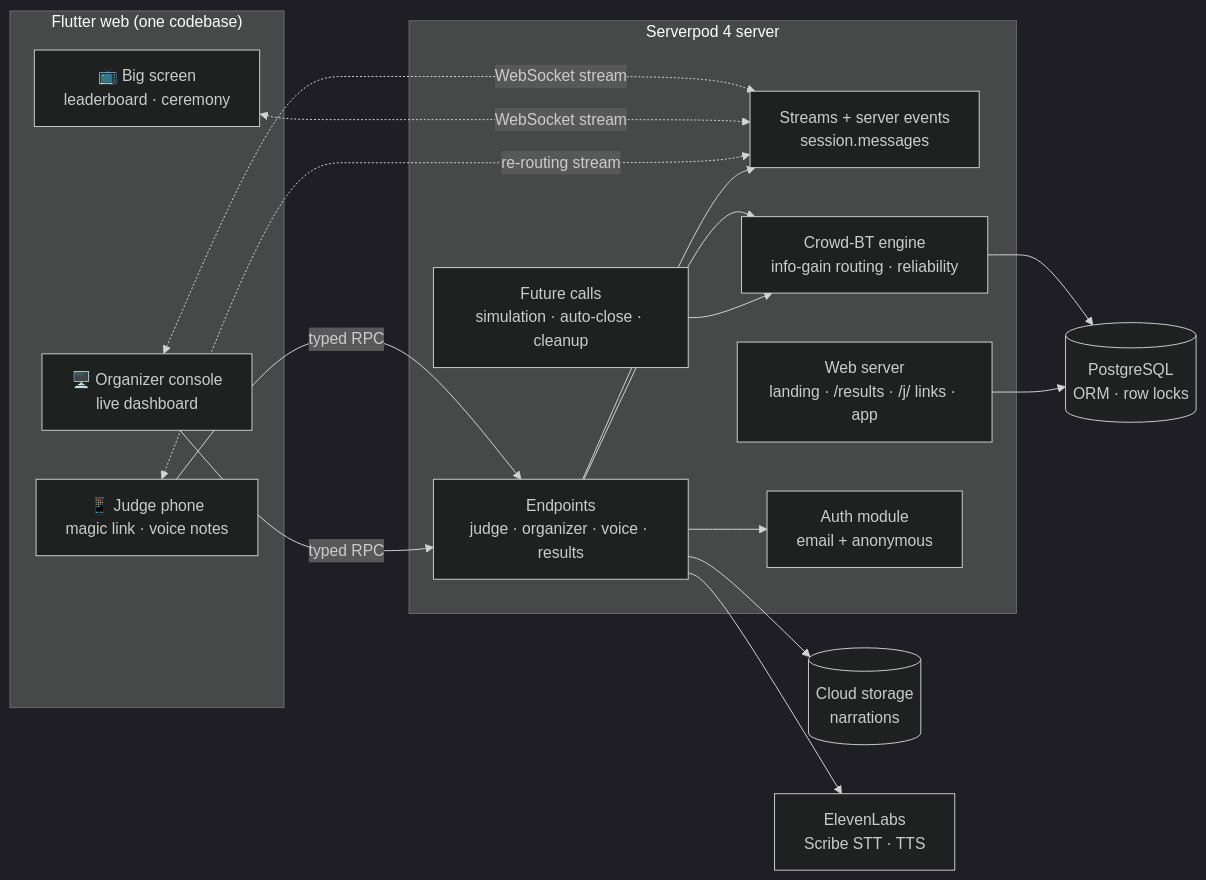
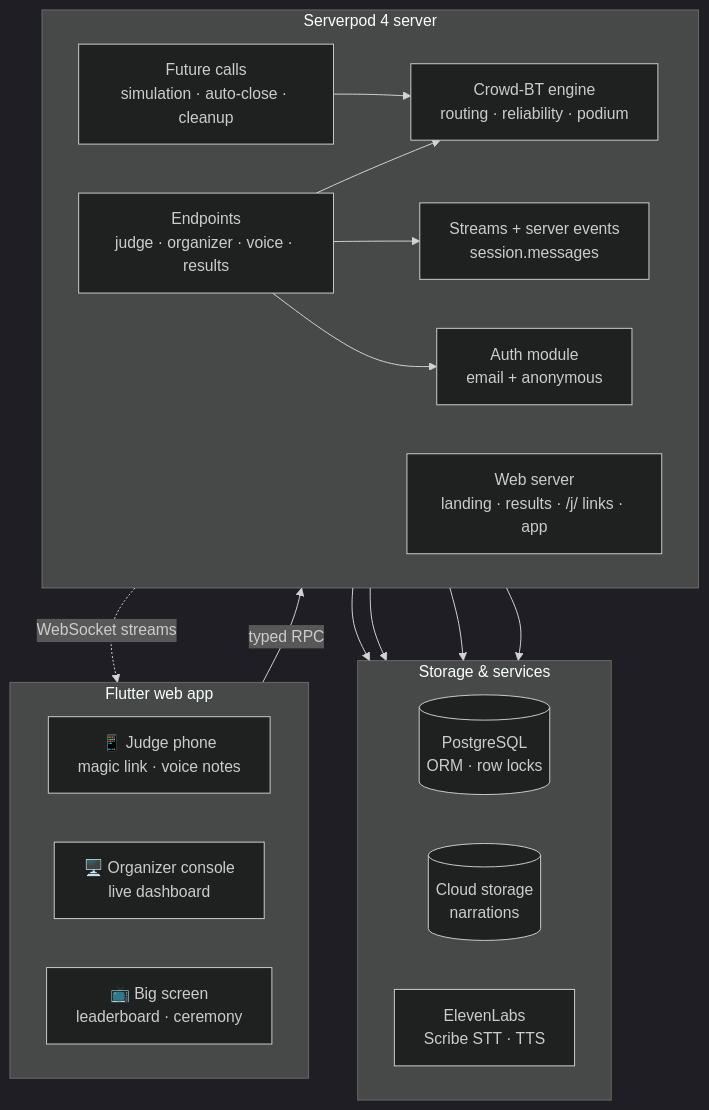
Before and after one commit to chinesepowered/hack-sp-gavel: the first of 2 diagrams in README.md, drawn with Mermaid (dark theme). The commit also changed other lines of this file, not shown here.

Commit message:
README: fix Mermaid syntax and simplify the architecture diagram
Claude-Session: https://claude.ai/code/session_01FgGLKb3RnAVfJe3qZZYpXF

````diff
--- a/README.md
+++ b/README.md
@@ -86,34 +86,37 @@
 ```mermaid
-flowchart LR
-  subgraph Clients["Flutter web (one codebase)"]
+flowchart TB
+  subgraph Clients["Flutter web app"]
+    direction LR
     J["📱 Judge phone<br/>magic link · voice notes"]
     O["🖥️ Organizer console<br/>live dashboard"]
     B["📺 Big screen<br/>leaderboard · ceremony"]
   end
 
   subgraph SP["Serverpod 4 server"]
+    direction LR
     E["Endpoints<br/>judge · organizer · voice · results"]
     S["Streams + server events<br/>session.messages"]
-    R["Crowd-BT engine<br/>info-gain routing · reliability"]
+    R["Crowd-BT engine<br/>routing · reliability · podium"]
     F["Future calls<br/>simulation · auto-close · cleanup"]
-    W["Web server<br/>landing · /results · /j/ links · app"]
     A["Auth module<br/>email + anonymous"]
+    W["Web server<br/>landing · results · /j/ links · app"]
   end
 
-  DB[("PostgreSQL<br/>ORM · row locks")]
-  CS[("Cloud storage<br/>narrations")]
-  EL["ElevenLabs<br/>Scribe STT · TTS"]
+  subgraph Data["Storage & services"]
+    direction LR
+    DB[("PostgreSQL<br/>ORM · row locks")]
+    CS[("Cloud storage<br/>narrations")]
+    EL["ElevenLabs<br/>Scribe STT · TTS"]
+  end
 
-  J -- "typed RPC" --> E
-  O -- "typed RPC" --> E
-  O <-. "WebSocket stream" .-> S
-  B <-. "WebSocket stream" .-> S
-  J <-. "re-routing stream" .-> S
-  E --> R --> DB
+  Clients -- "typed RPC" --> E
+  S -. "WebSocket streams" .-> Clients
+  E --> R
+  F --> R
   E --> S
-  F --> R
   E --> A
+  R --> DB
   W --> DB
+  E --> CS
   E --> EL
-  E --> CS
 ```
````
